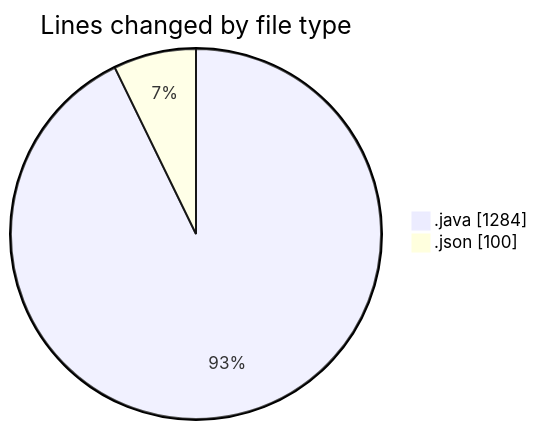
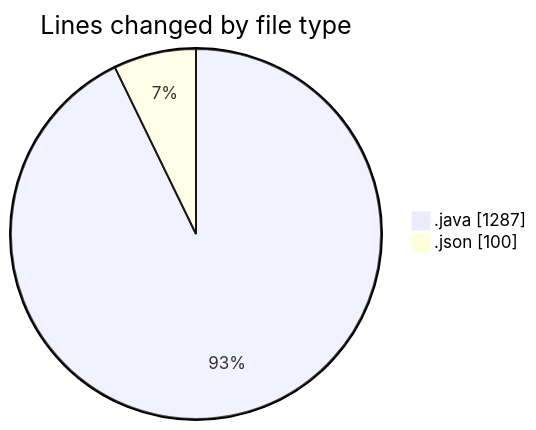
Before and after one commit to ricardozamudiocil/code-tracking: the first of 2 diagrams in 2026-05-12/cilapp/README.md, drawn with Mermaid. The commit also changed other lines of this file and 1 other file, not shown here.

````diff
--- a/2026-05-12/cilapp/README.md
+++ b/2026-05-12/cilapp/README.md
@@ -27,6 +27,6 @@
 ```mermaid
 pie showData
 title Lines changed by file type
-".java" : 1284
+".java" : 1287
 ".json" : 100
 ```
````
